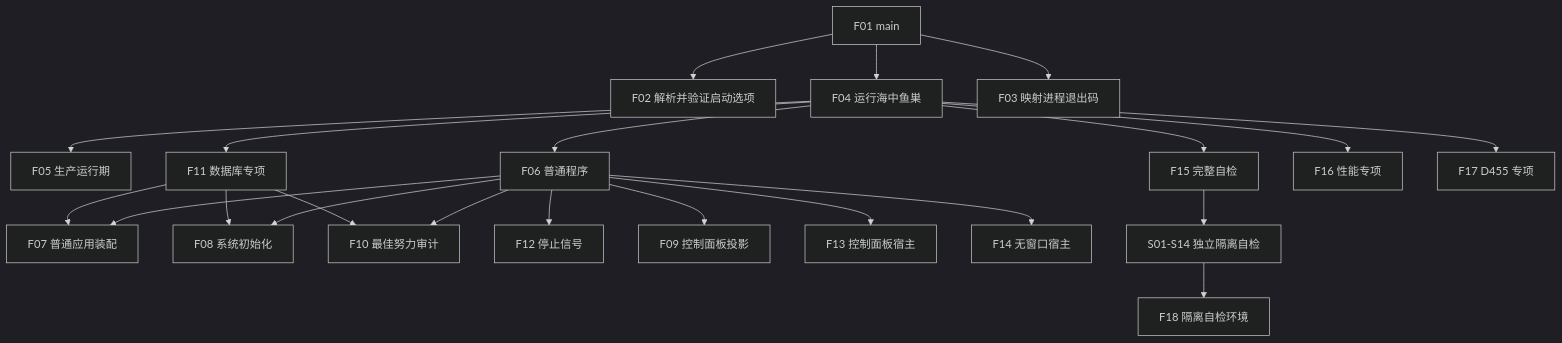
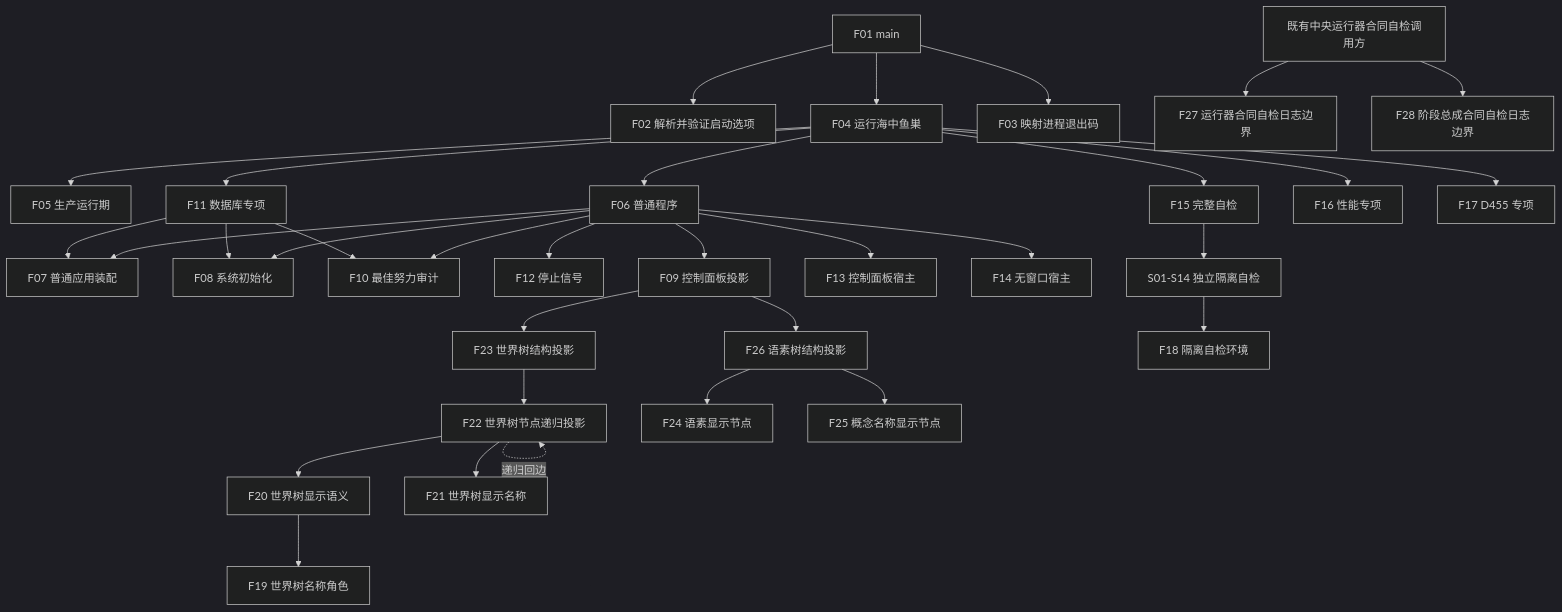
The diagram in 规范/详细设计/20260726_ENTRY-ONLY_函数结构知识图谱_v0.1.md (chunhaizh-cyber/HY-Ego), drawn with Mermaid (dark theme) before and after one commit. The commit also changed other lines of this file and 88 other files, not shown here.

````diff
--- a/规范/详细设计/20260726_ENTRY-ONLY_函数结构知识图谱_v0.1.md
+++ b/规范/详细设计/20260726_ENTRY-ONLY_函数结构知识图谱_v0.1.md
@@ -9,24 +9,35 @@
 ```mermaid
 flowchart TD
     F01["F01 main"] --> F02["F02 解析并验证启动选项"]
     F01 --> F04["F04 运行海中鱼巣"]
     F01 --> F03["F03 映射进程退出码"]
     F04 --> F05["F05 生产运行期"]
     F04 --> F06["F06 普通程序"]
     F04 --> F15["F15 完整自检"]
     F04 --> F11["F11 数据库专项"]
     F04 --> F16["F16 性能专项"]
     F04 --> F17["F17 D455 专项"]
     F06 --> F07["F07 普通应用装配"]
     F06 --> F08["F08 系统初始化"]
     F06 --> F10["F10 最佳努力审计"]
     F06 --> F12["F12 停止信号"]
     F06 --> F09["F09 控制面板投影"]
+    F09 --> F23["F23 世界树结构投影"]
+    F23 --> F22["F22 世界树节点递归投影"]
+    F22 --> F20["F20 世界树显示语义"]
+    F20 --> F19["F19 世界树名称角色"]
+    F22 --> F21["F21 世界树显示名称"]
+    F22 -. "递归回边" .-> F22
+    F09 --> F26["F26 语素树结构投影"]
+    F26 --> F24["F24 语素显示节点"]
+    F26 --> F25["F25 概念名称显示节点"]
     F06 --> F13["F13 控制面板宿主"]
     F06 --> F14["F14 无窗口宿主"]
     F11 --> F07
     F11 --> F08
     F11 --> F10
     F15 --> SELF["S01-S14 独立隔离自检"]
     SELF --> F18["F18 隔离自检环境"]
+    RUNNER["既有中央运行器合同自检调用方"] --> F27["F27 运行器合同自检日志边界"]
+    RUNNER --> F28["F28 阶段总成合同自检日志边界"]
 ```
````
